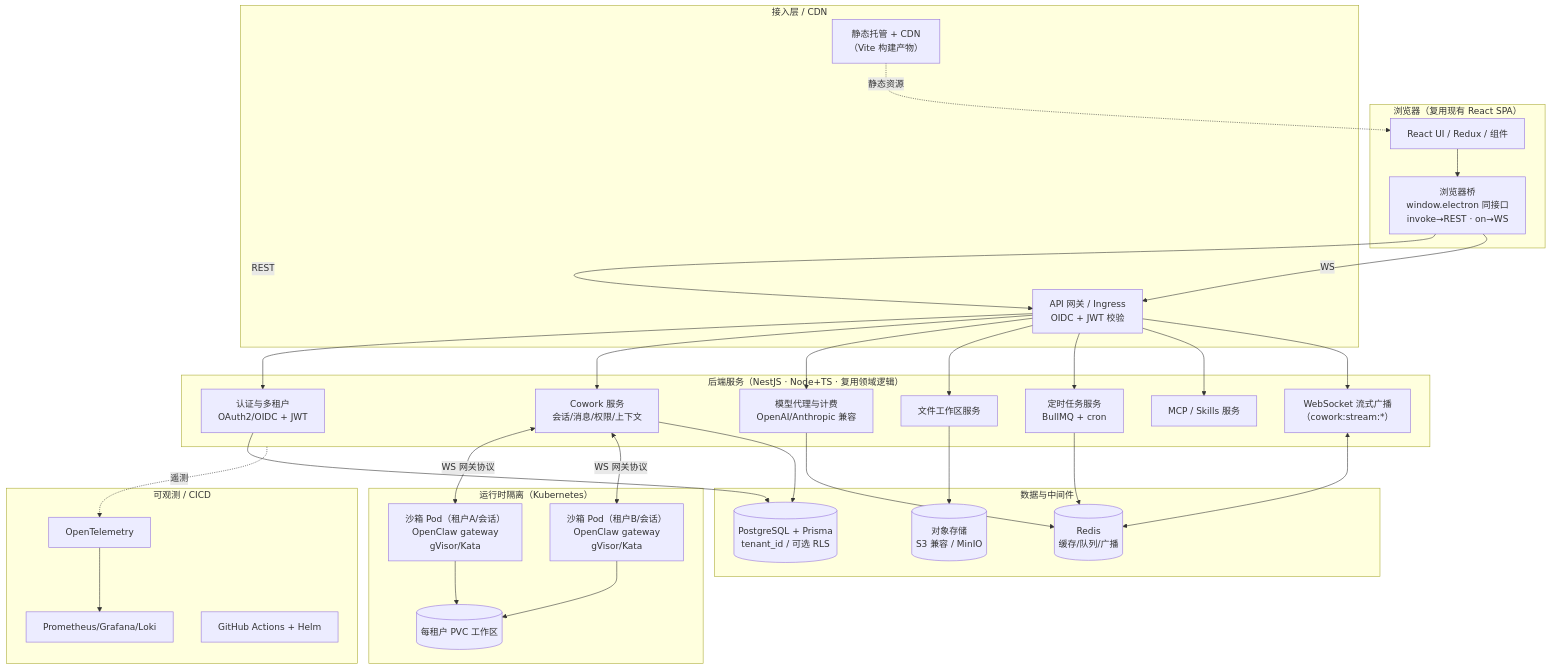
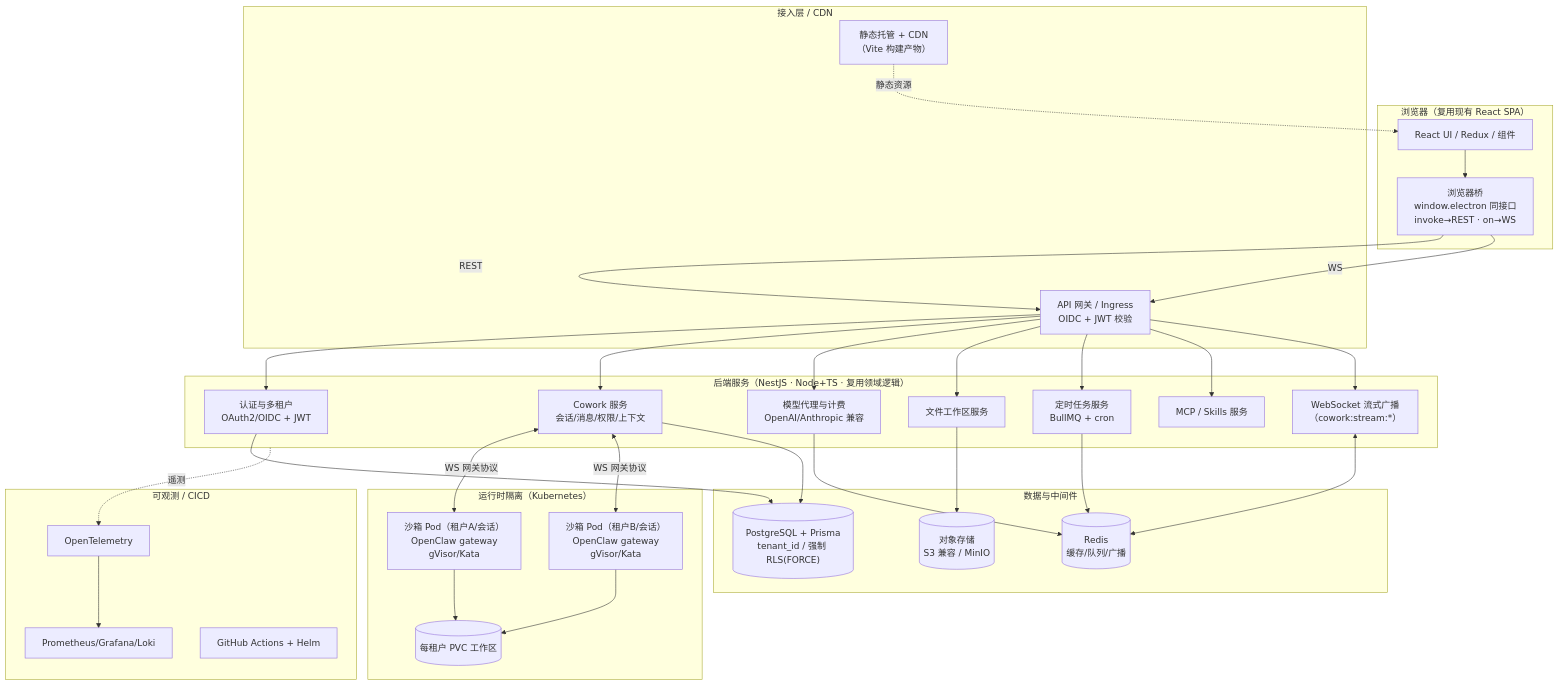
Before and after one commit to edward-ng-duke/LobsterAI: the first of 3 diagrams in 改造计划/00-总览与执行摘要.md, drawn with Mermaid. The commit also changed other lines of this file and 22 other files, not shown here.

````diff
--- a/改造计划/00-总览与执行摘要.md
+++ b/改造计划/00-总览与执行摘要.md
@@ -86,57 +103,57 @@
 ```mermaid
 flowchart TB
   subgraph Client["浏览器（复用现有 React SPA）"]
     UI["React UI / Redux / 组件"]
     Bridge["浏览器桥<br/>window.electron 同接口<br/>invoke→REST · on→WS"]
     UI --> Bridge
   end
 
   subgraph Edge["接入层 / CDN"]
     CDN["静态托管 + CDN<br/>（Vite 构建产物）"]
     GW["API 网关 / Ingress<br/>OIDC + JWT 校验"]
   end
 
   subgraph Backend["后端服务（NestJS · Node+TS · 复用领域逻辑）"]
     Auth["认证与多租户<br/>OAuth2/OIDC + JWT"]
     Cowork["Cowork 服务<br/>会话/消息/权限/上下文"]
     ModelProxy["模型代理与计费<br/>OpenAI/Anthropic 兼容"]
     Files["文件工作区服务"]
     Sched["定时任务服务<br/>BullMQ + cron"]
     MCPSkill["MCP / Skills 服务"]
     WSHub["WebSocket 流式广播<br/>（cowork:stream:*）"]
   end
 
   subgraph Data["数据与中间件"]
-    PG[("PostgreSQL + Prisma<br/>tenant_id / 可选 RLS")]
+    PG[("PostgreSQL + Prisma<br/>tenant_id / 强制 RLS(FORCE)")]
     Redis[("Redis<br/>缓存/队列/广播")]
     S3[("对象存储<br/>S3 兼容 / MinIO")]
   end
 
   subgraph Runtime["运行时隔离（Kubernetes）"]
     Pod1["沙箱 Pod（租户A/会话）<br/>OpenClaw gateway<br/>gVisor/Kata"]
     Pod2["沙箱 Pod（租户B/会话）<br/>OpenClaw gateway<br/>gVisor/Kata"]
     PVC[("每租户 PVC 工作区")]
   end
 
   subgraph Obs["可观测 / CICD"]
     OTel["OpenTelemetry"]
     Prom["Prometheus/Grafana/Loki"]
     CI["GitHub Actions + Helm"]
   end
 
   Bridge -->|REST| GW
   Bridge -->|WS| GW
   CDN -.静态资源.-> UI
   GW --> Auth & Cowork & ModelProxy & Files & Sched & MCPSkill & WSHub
 
   Cowork <-->|WS 网关协议| Pod1 & Pod2
   WSHub <--> Redis
   Cowork --> PG
   Auth --> PG
   ModelProxy --> Redis
   Files --> S3
   Pod1 & Pod2 --> PVC
   Sched --> Redis
 
   Backend -.遥测.-> OTel --> Prom
 ```
````
